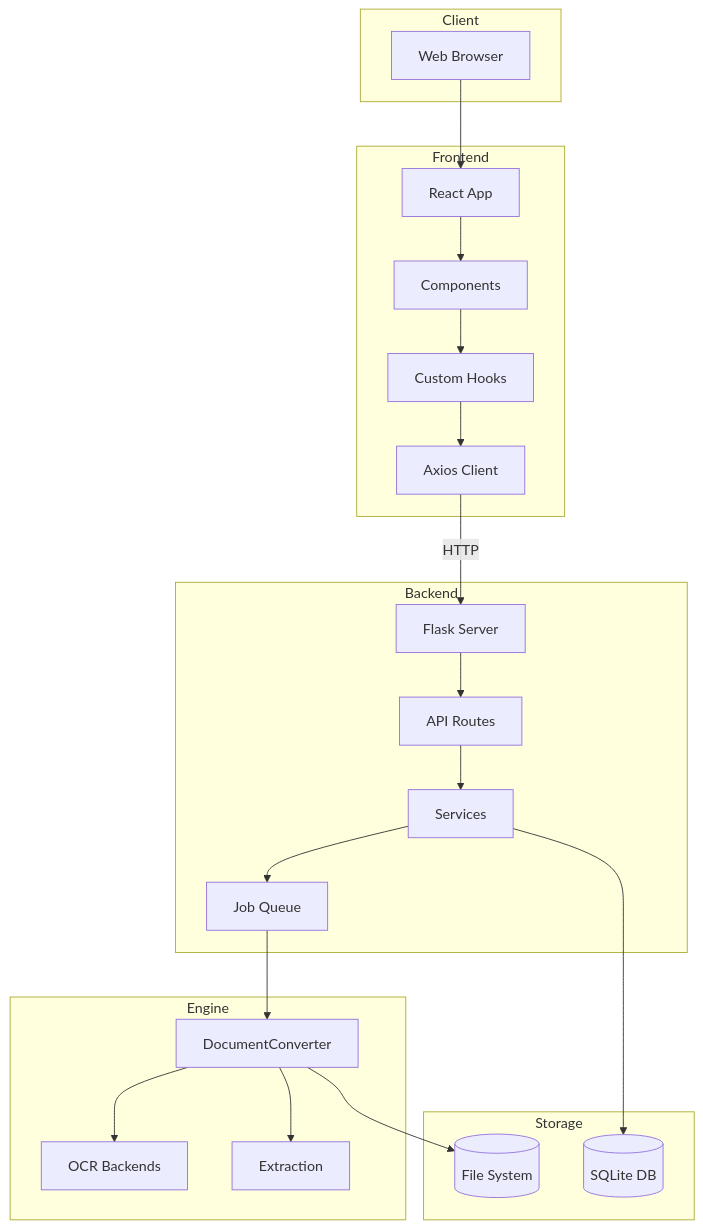
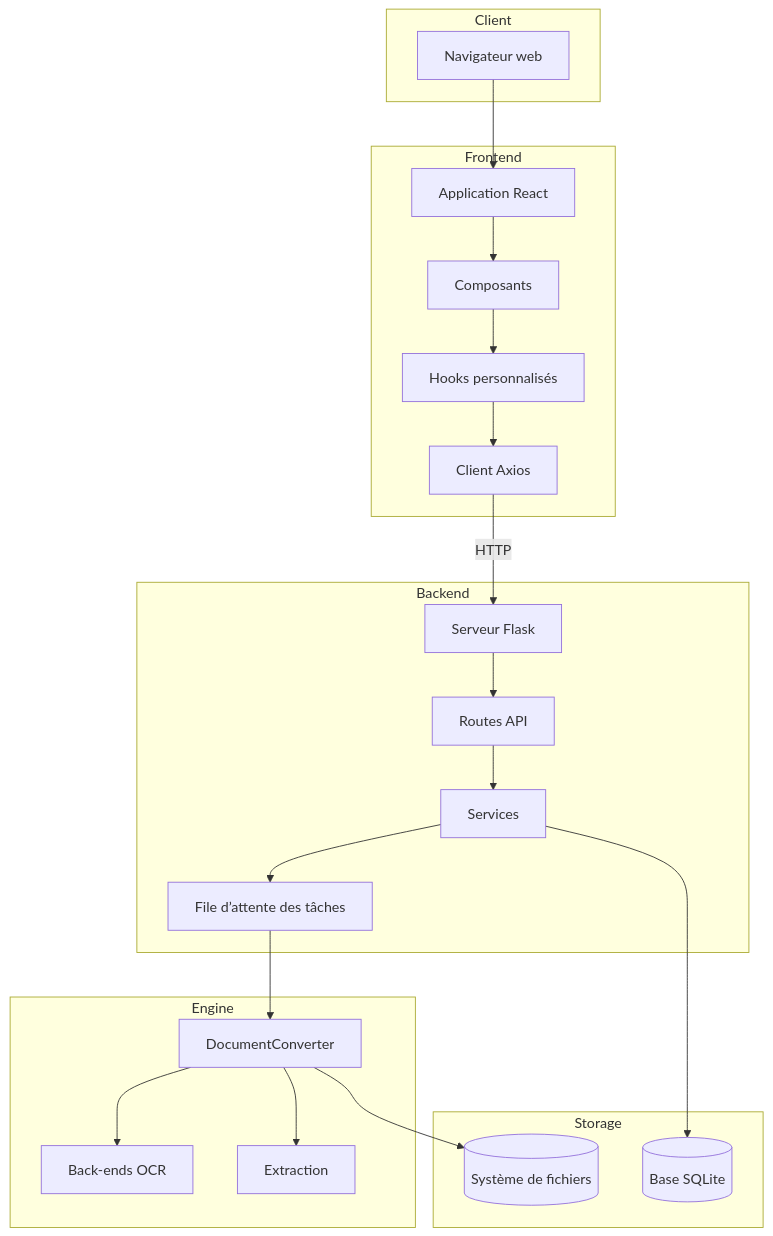
Before and after one commit to duckling-ui/duckling: the first of 2 diagrams in docs/fr/architecture/overview.md, drawn with Mermaid. The commit also changed other lines of this file and 133 other files, not shown here.

````diff
--- a/docs/fr/architecture/overview.md
+++ b/docs/fr/architecture/overview.md
@@ -11,45 +11,45 @@
 ```mermaid
 graph TB
     subgraph Client
-        Browser[Web Browser]
+        Browser[Navigateur web]
     end
 
     subgraph Frontend
-        React[React App]
-        Components[Components]
-        Hooks[Custom Hooks]
-        APIClient[Axios Client]
+        React[Application React]
+        Components[Composants]
+        Hooks[Hooks personnalisés]
+        APIClient[Client Axios]
     end
 
     subgraph Backend
-        Flask[Flask Server]
-        Routes[API Routes]
+        Flask[Serveur Flask]
+        Routes[Routes API]
         Services[Services]
-        JobQueue[Job Queue]
+        JobQueue[File d’attente des tâches]
     end
 
     subgraph Engine
         Docling[DocumentConverter]
-        OCR[OCR Backends]
+        OCR[Back-ends OCR]
         Extract[Extraction]
     end
 
     subgraph Storage
-        SQLite[(SQLite DB)]
-        FileSystem[(File System)]
+        SQLite[(Base SQLite)]
+        FileSystem[(Système de fichiers)]
     end
 
     Browser --> React
     React --> Components
     Components --> Hooks
     Hooks --> APIClient
     APIClient -->|HTTP| Flask
     Flask --> Routes
     Routes --> Services
     Services --> JobQueue
     JobQueue --> Docling
     Docling --> OCR
     Docling --> Extract
     Services --> SQLite
     Docling --> FileSystem
 ```
````
